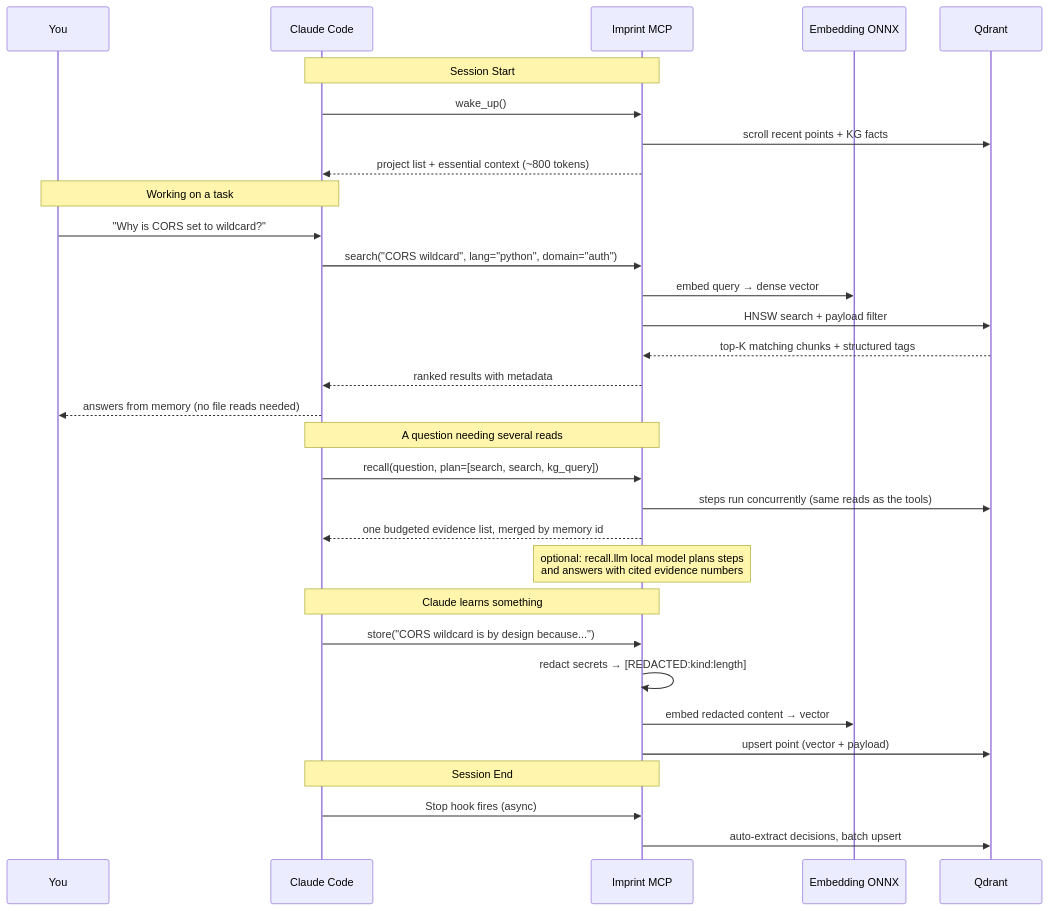
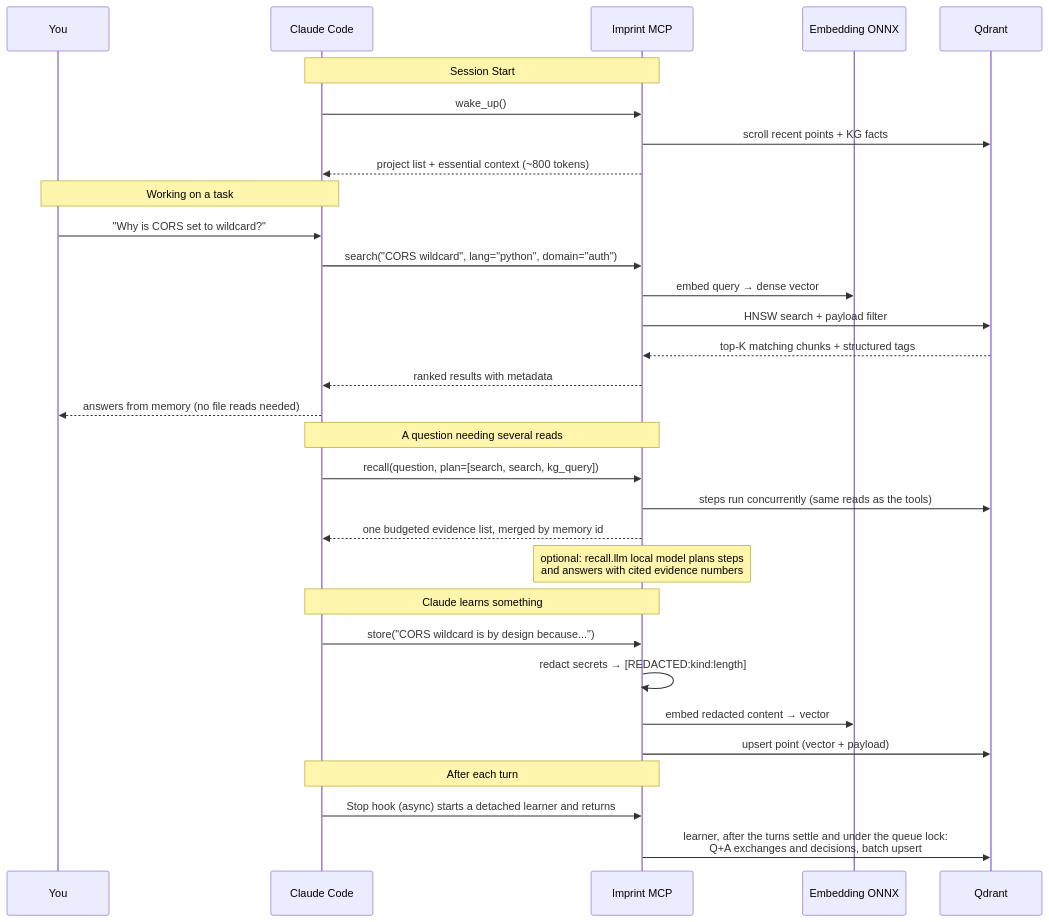
The second of 3 diagrams in docs/architecture.md (alexandruleca/imprint-memory-layer), drawn with Mermaid before and after one commit. The commit also changed other lines of this file and 14 other files, not shown here.

First line of the commit message:
fix: hand each Stop to one waiting learner under the queue lock

````diff
--- a/docs/architecture.md
+++ b/docs/architecture.md
@@ -108,38 +108,38 @@
 ```mermaid
 sequenceDiagram
     participant U as You
     participant C as Claude Code
     participant K as Imprint MCP
     participant E as Embedding ONNX
     participant Q as Qdrant
 
     Note over C,K: Session Start
     C->>K: wake_up()
     K->>Q: scroll recent points + KG facts
     K-->>C: project list + essential context (~800 tokens)
 
     Note over U,C: Working on a task
     U->>C: "Why is CORS set to wildcard?"
     C->>K: search("CORS wildcard", lang="python", domain="auth")
     K->>E: embed query → dense vector
     K->>Q: HNSW search + payload filter
     Q-->>K: top-K matching chunks + structured tags
     K-->>C: ranked results with metadata
     C-->>U: answers from memory (no file reads needed)
 
     Note over C,K: A question needing several reads
     C->>K: recall(question, plan=[search, search, kg_query])
     K->>Q: steps run concurrently (same reads as the tools)
     K-->>C: one budgeted evidence list, merged by memory id
     Note over K: optional: recall.llm local model plans steps<br/>and answers with cited evidence numbers
 
     Note over C,K: Claude learns something
     C->>K: store("CORS wildcard is by design because...")
     K->>K: redact secrets → [REDACTED:kind:length]
     K->>E: embed redacted content → vector
     K->>Q: upsert point (vector + payload)
 
-    Note over C,K: Session End
-    C->>K: Stop hook fires (async)
-    K->>Q: auto-extract decisions, batch upsert
+    Note over C,K: After each turn
+    C->>K: Stop hook (async) starts a detached learner and returns
+    K->>Q: learner, after the turns settle and under the queue lock:<br/>Q+A exchanges and decisions, batch upsert
 ```
````
